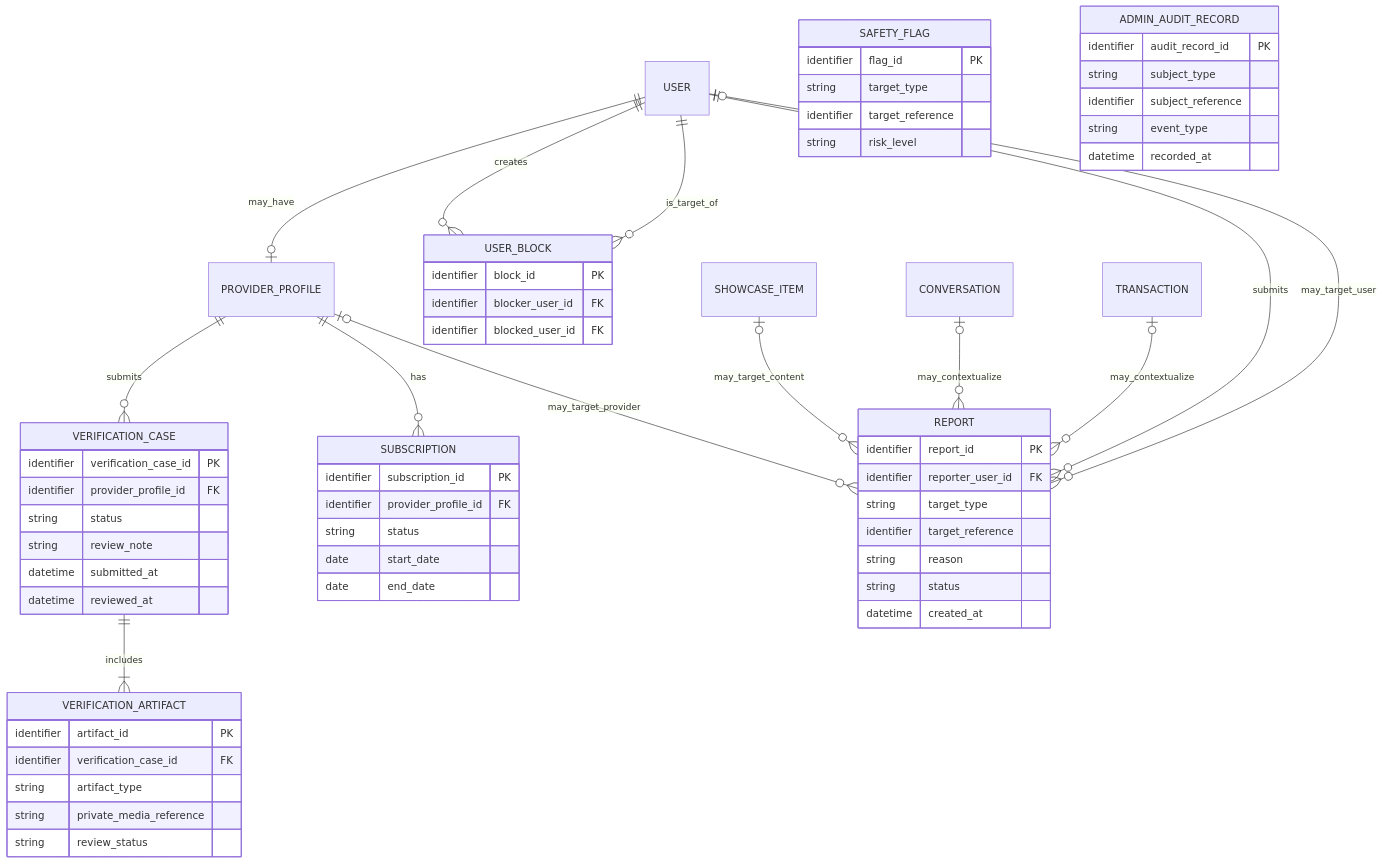
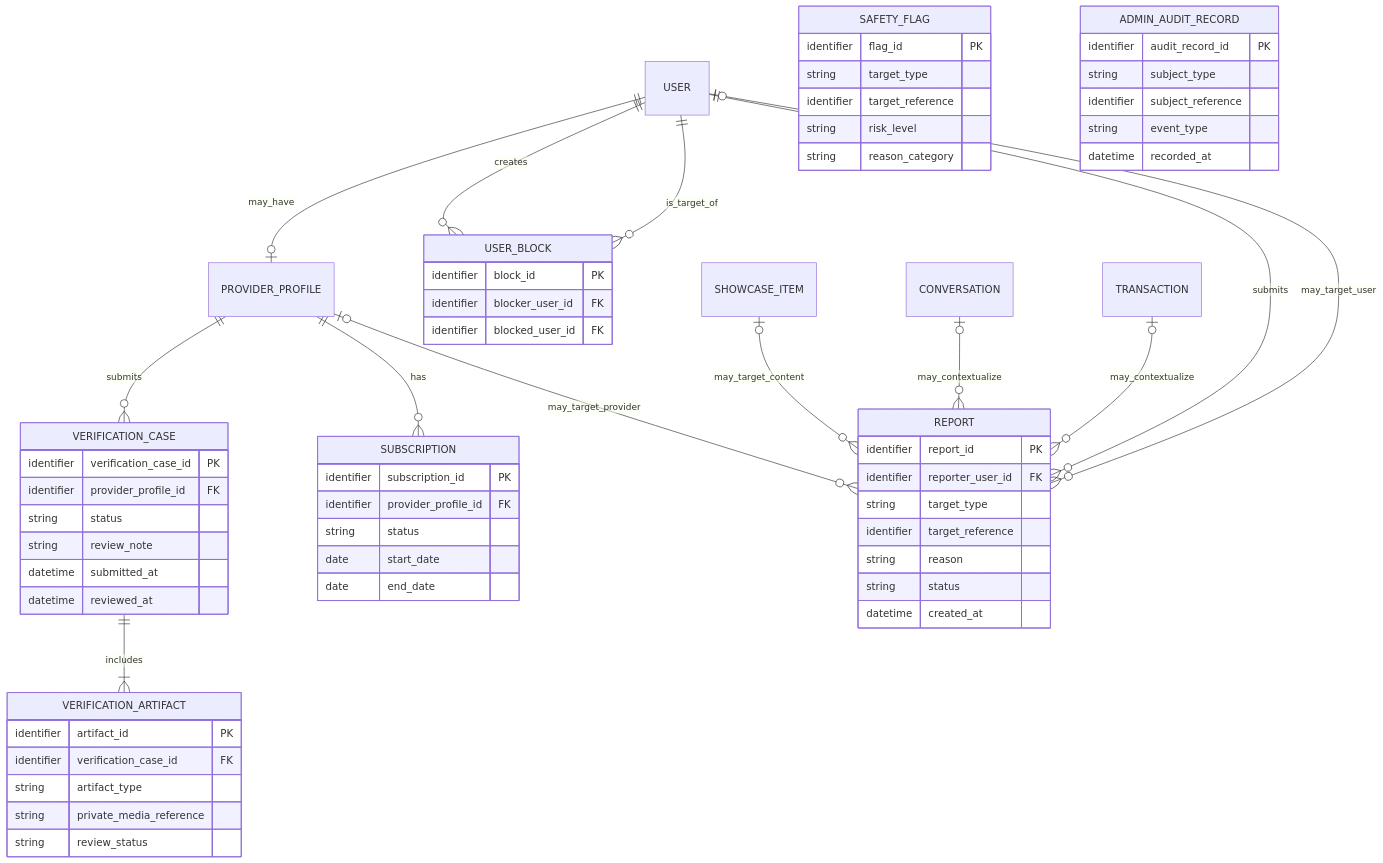
One commit to Yadd-SanaaUniversityGraduationProject/yadd changed the second of 2 diagrams in docs/03-analysis/11-ERD.md. Above: the diagram before and after it, drawn with Mermaid. The commit also changed other lines of this file, not shown here.

Commit message:
sync(erd): add safety flag reason and conversation uniqueness constraint

````diff
--- a/docs/03-analysis/11-ERD.md
+++ b/docs/03-analysis/11-ERD.md
@@ -299,75 +302,76 @@
 ```mermaid
 erDiagram
     USER ||--o| PROVIDER_PROFILE : may_have
 
     PROVIDER_PROFILE ||--o{ VERIFICATION_CASE : submits
     VERIFICATION_CASE ||--|{ VERIFICATION_ARTIFACT : includes
 
     PROVIDER_PROFILE ||--o{ SUBSCRIPTION : has
 
     USER ||--o{ USER_BLOCK : creates
     USER ||--o{ USER_BLOCK : is_target_of
 
     USER ||--o{ REPORT : submits
     USER o|--o{ REPORT : may_target_user
     PROVIDER_PROFILE o|--o{ REPORT : may_target_provider
     SHOWCASE_ITEM o|--o{ REPORT : may_target_content
     CONVERSATION o|--o{ REPORT : may_contextualize
     TRANSACTION o|--o{ REPORT : may_contextualize
 
     VERIFICATION_CASE {
       identifier verification_case_id PK
       identifier provider_profile_id FK
       string status
       string review_note
       datetime submitted_at
       datetime reviewed_at
     }
 
     VERIFICATION_ARTIFACT {
       identifier artifact_id PK
       identifier verification_case_id FK
       string artifact_type
       string private_media_reference
       string review_status
     }
 
     SUBSCRIPTION {
       identifier subscription_id PK
       identifier provider_profile_id FK
       string status
       date start_date
       date end_date
     }
 
     USER_BLOCK {
       identifier block_id PK
       identifier blocker_user_id FK
       identifier blocked_user_id FK
     }
 
     REPORT {
       identifier report_id PK
       identifier reporter_user_id FK
       string target_type
       identifier target_reference
       string reason
       string status
       datetime created_at
     }
 
     SAFETY_FLAG {
       identifier flag_id PK
       string target_type
       identifier target_reference
       string risk_level
+      string reason_category
     }
 
     ADMIN_AUDIT_RECORD {
       identifier audit_record_id PK
       string subject_type
       identifier subject_reference
       string event_type
       datetime recorded_at
     }
 ```
````
